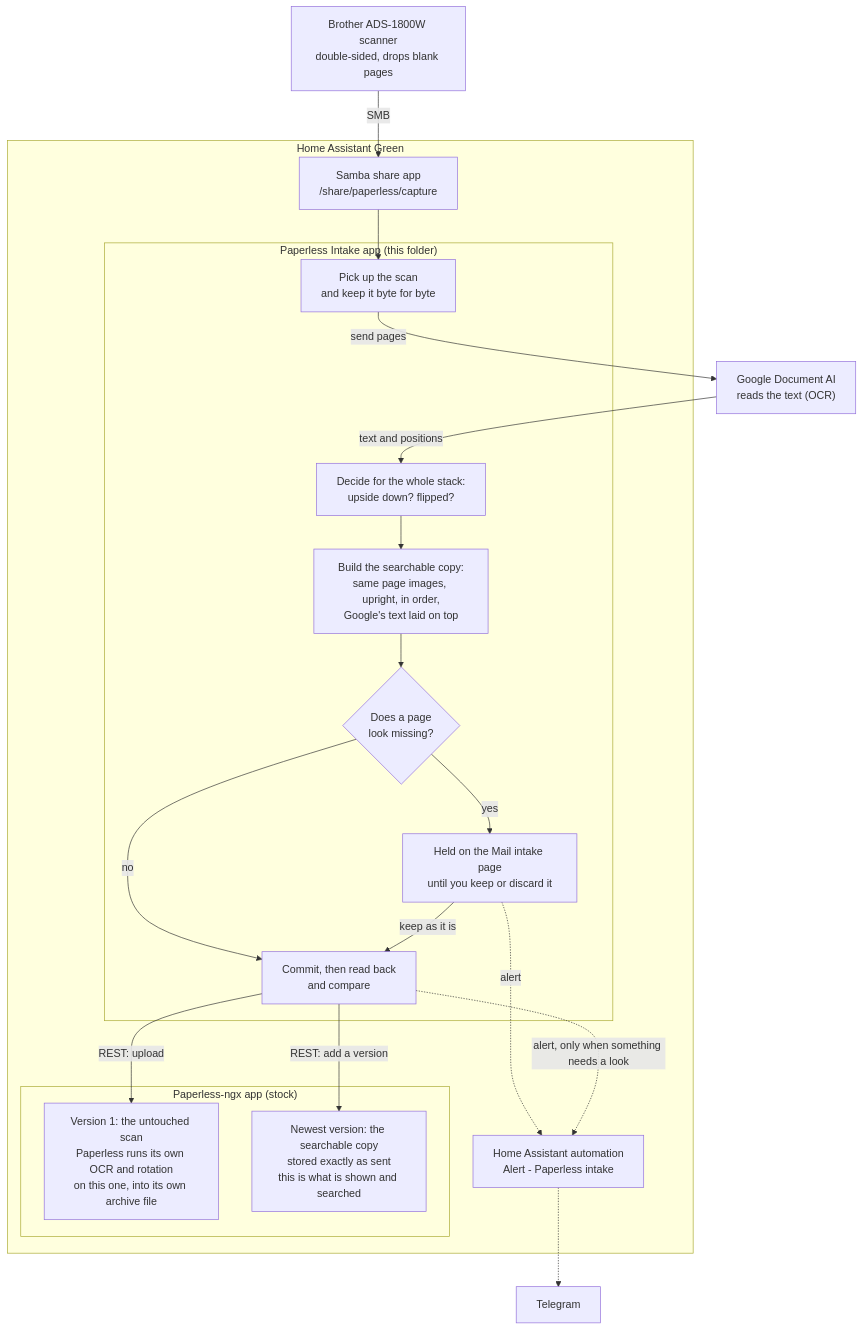
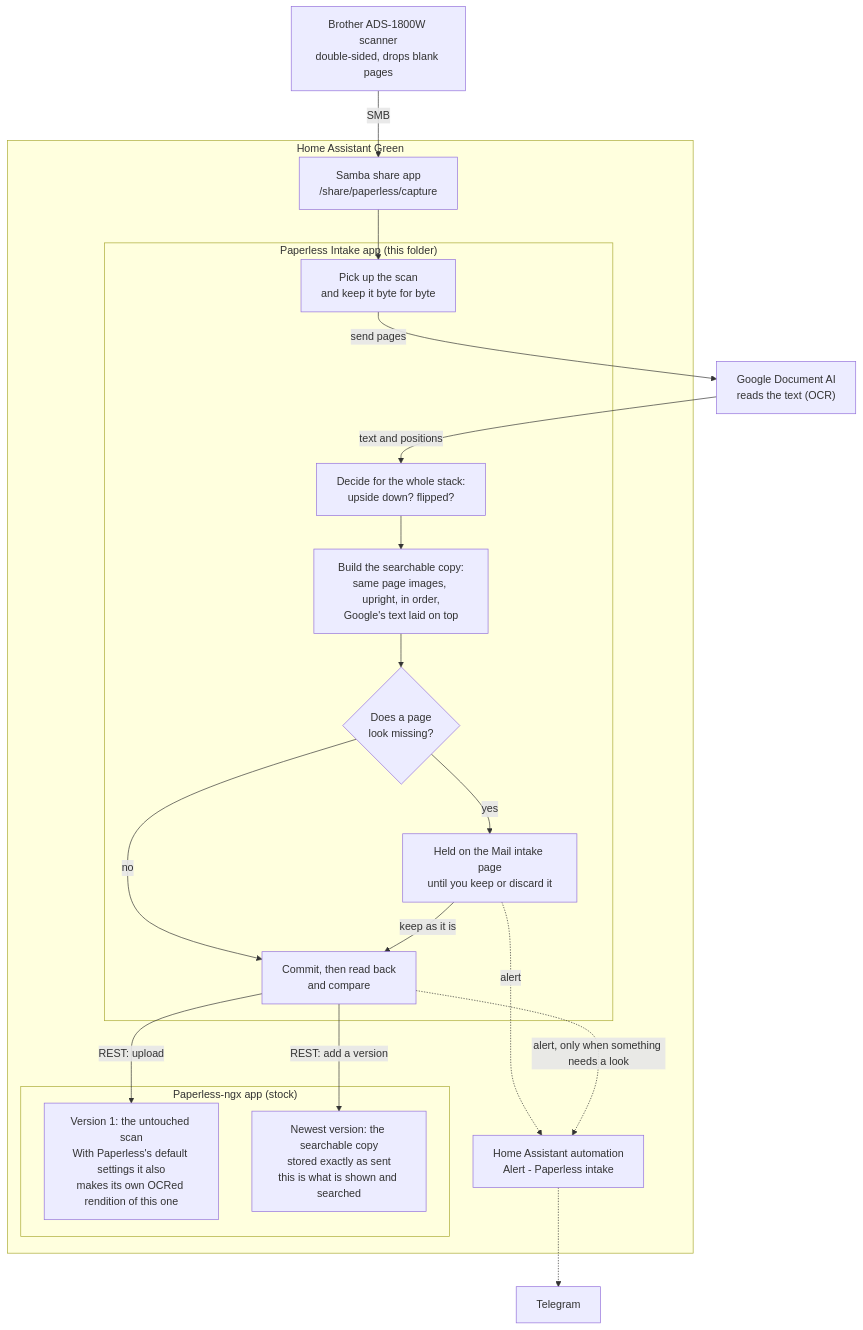
One commit to JaneJeon/homeassistant-apps changed the diagram in paperless-ngx-intake/README.md. Above: the diagram before and after it, drawn with Mermaid. The commit also changed other lines of this file and 10 other files, not shown here.

First line of the commit message:
Paperless Intake 1.2.0: pass the scan date; work with Paperless's own OCR switched off (#49)

````diff
--- a/paperless-ngx-intake/README.md
+++ b/paperless-ngx-intake/README.md
@@ -7,39 +7,39 @@
 ```mermaid
 flowchart TD
     scanner["Brother ADS-1800W scanner<br/>double-sided, drops blank pages"]
     google["Google Document AI<br/>reads the text (OCR)"]
     telegram["Telegram"]
 
     subgraph green["Home Assistant Green"]
         samba["Samba share app<br/>/share/paperless/capture"]
 
         subgraph intake["Paperless Intake app (this folder)"]
             pick["Pick up the scan<br/>and keep it byte for byte"]
             stack["Decide for the whole stack:<br/>upside down? flipped?"]
             copy["Build the searchable copy:<br/>same page images, upright, in order,<br/>Google's text laid on top"]
             gap{"Does a page<br/>look missing?"}
             held["Held on the Mail intake page<br/>until you keep or discard it"]
             commit["Commit, then read back<br/>and compare"]
         end
 
         subgraph paperless["Paperless-ngx app (stock)"]
-            v1["Version 1: the untouched scan<br/>Paperless runs its own OCR and rotation<br/>on this one, into its own archive file"]
+            v1["Version 1: the untouched scan<br/>With Paperless's default settings it also<br/>makes its own OCRed rendition of this one"]
             vn["Newest version: the searchable copy<br/>stored exactly as sent<br/>this is what is shown and searched"]
         end
 
         ha["Home Assistant automation<br/>Alert - Paperless intake"]
     end
 
     scanner -- "SMB" --> samba --> pick
     pick -- "send pages" --> google
     google -- "text and positions" --> stack
     stack --> copy --> gap
     gap -- "yes" --> held
     gap -- "no" --> commit
     held -- "keep as it is" --> commit
     commit -- "REST: upload" --> v1
     commit -- "REST: add a version" --> vn
     held -. "alert" .-> ha
     commit -. "alert, only when something needs a look" .-> ha
     ha -.-> telegram
 ```
````
